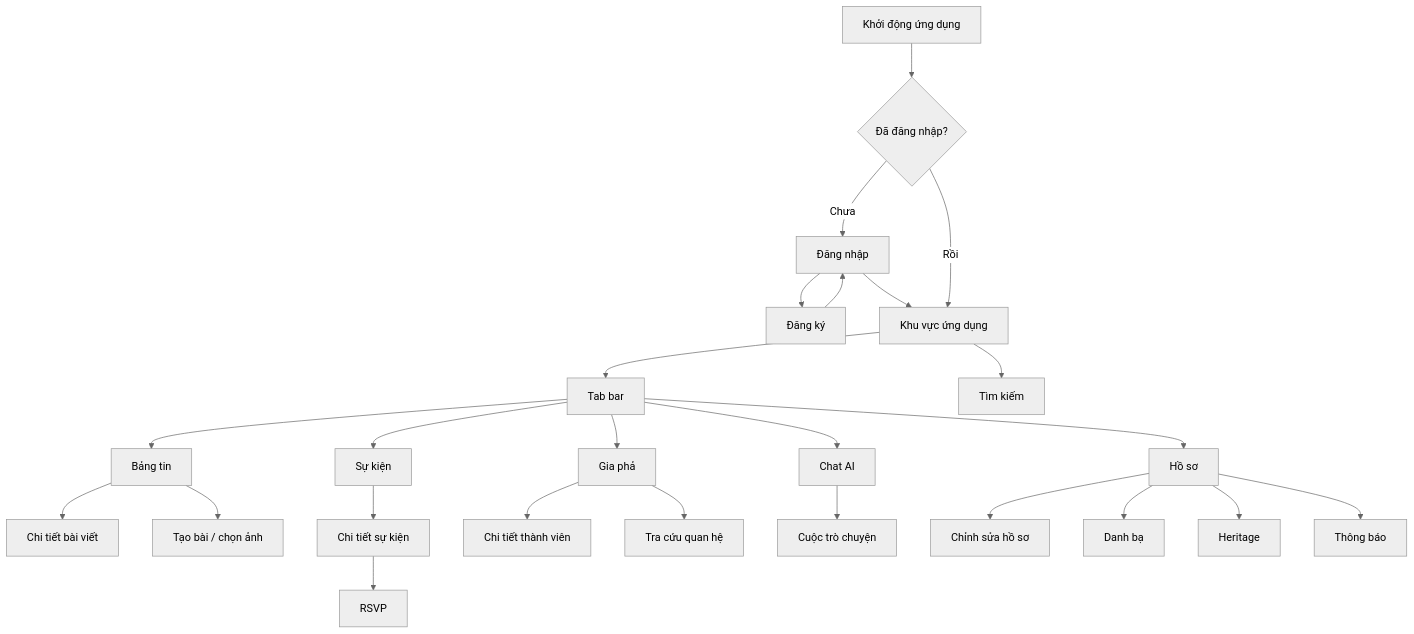
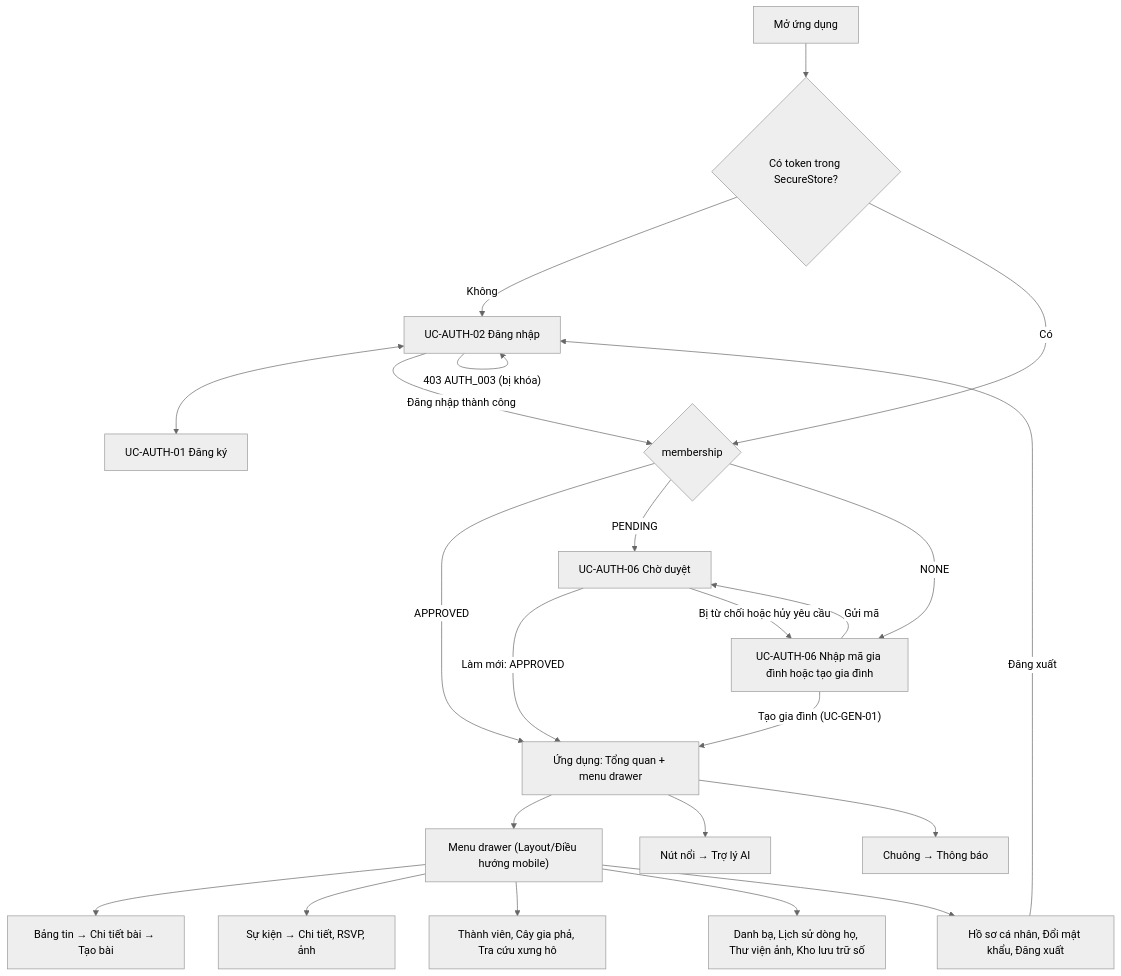
One commit to ngthanhtuann/ai-powered-digital-family-community-platform changed the diagram in docs/02-design/mobile.md. Above: the diagram before and after it, drawn with Mermaid (neutral theme). The commit also changed other lines of this file and 1 other file, not shown here.

First line of the commit message:
SCRUM-84: sửa thiết kế mobile theo review PR #37

````diff
--- a/docs/02-design/mobile.md
+++ b/docs/02-design/mobile.md
@@ -32,29 +37,26 @@
 ```mermaid
 flowchart TD
-    A["Khởi động ứng dụng"] --> B{"Đã đăng nhập?"}
-    B -- "Chưa" --> C["Đăng nhập"]
-    C --> D["Đăng ký"]
-    D --> C
-    C --> E["Khu vực ứng dụng"]
-    B -- "Rồi" --> E
+    A["Mở ứng dụng"] --> B{"Có token trong SecureStore?"}
+    B -- "Không" --> L["UC-AUTH-02 Đăng nhập"]
+    L <--> R["UC-AUTH-01 Đăng ký"]
+    L -- "403 AUTH_003 (bị khóa)" --> L
+    B -- "Có" --> M{"membership"}
+    L -- "Đăng nhập thành công" --> M
+    M -- "APPROVED" --> APP["Ứng dụng: Tổng quan + menu drawer"]
+    M -- "PENDING" --> P["UC-AUTH-06 Chờ duyệt"]
+    M -- "NONE" --> J["UC-AUTH-06 Nhập mã gia đình hoặc tạo gia đình"]
+    J -- "Gửi mã" --> P
+    J -- "Tạo gia đình (UC-GEN-01)" --> APP
+    P -- "Làm mới: APPROVED" --> APP
+    P -- "Bị từ chối hoặc hủy yêu cầu" --> J
 
-    E --> T["Tab bar"]
-    T --> H["Bảng tin"]
-    T --> V["Sự kiện"]
-    T --> F["Gia phả"]
-    T --> AI["Chat AI"]
-    T --> P["Hồ sơ"]
-
-    H --> H1["Chi tiết bài viết"]
-    H --> H2["Tạo bài / chọn ảnh"]
-    V --> V1["Chi tiết sự kiện"]
-    V1 --> V2["RSVP"]
-    F --> F1["Chi tiết thành viên"]
-    F --> F2["Tra cứu quan hệ"]
-    AI --> AI1["Cuộc trò chuyện"]
-    P --> P1["Chỉnh sửa hồ sơ"]
-    P --> P2["Danh bạ"]
-    P --> P3["Heritage"]
-    P --> P4["Thông báo"]
-    E --> S["Tìm kiếm"]
+    APP --> D["Menu drawer (Layout/Điều hướng mobile)"]
+    D --> S1["Bảng tin → Chi tiết bài → Tạo bài"]
+    D --> S2["Sự kiện → Chi tiết, RSVP, ảnh"]
+    D --> S3["Thành viên, Cây gia phả, Tra cứu xưng hô"]
+    D --> S4["Danh bạ, Lịch sử dòng họ, Thư viện ảnh, Kho lưu trữ số"]
+    D --> S5["Hồ sơ cá nhân, Đổi mật khẩu, Đăng xuất"]
+    APP --> AI["Nút nổi → Trợ lý AI"]
+    APP --> N["Chuông → Thông báo"]
+    S5 -- "Đăng xuất" --> L
 ```
````
